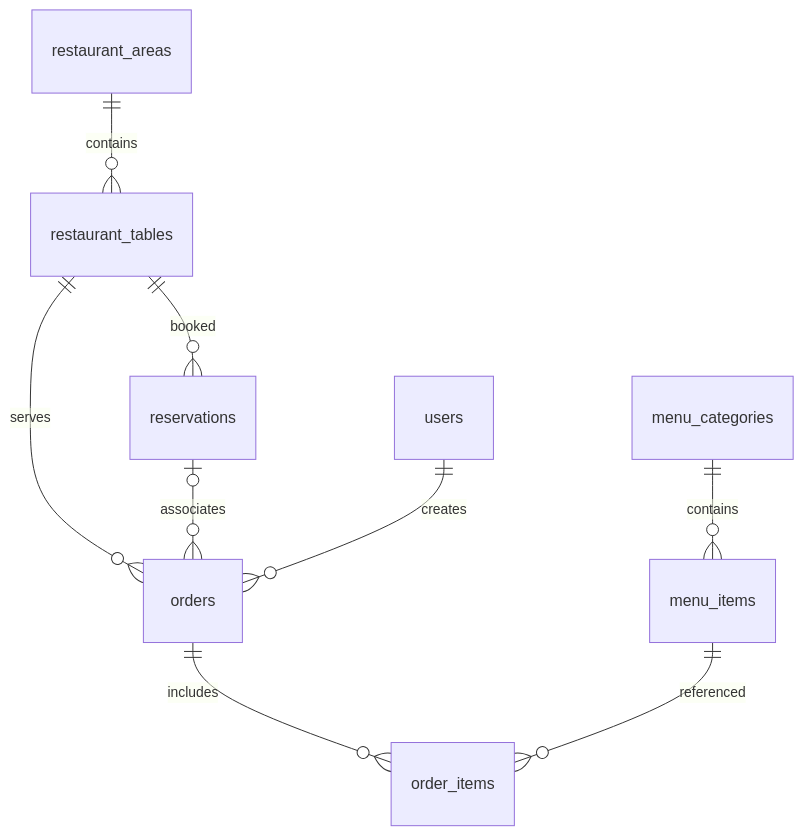
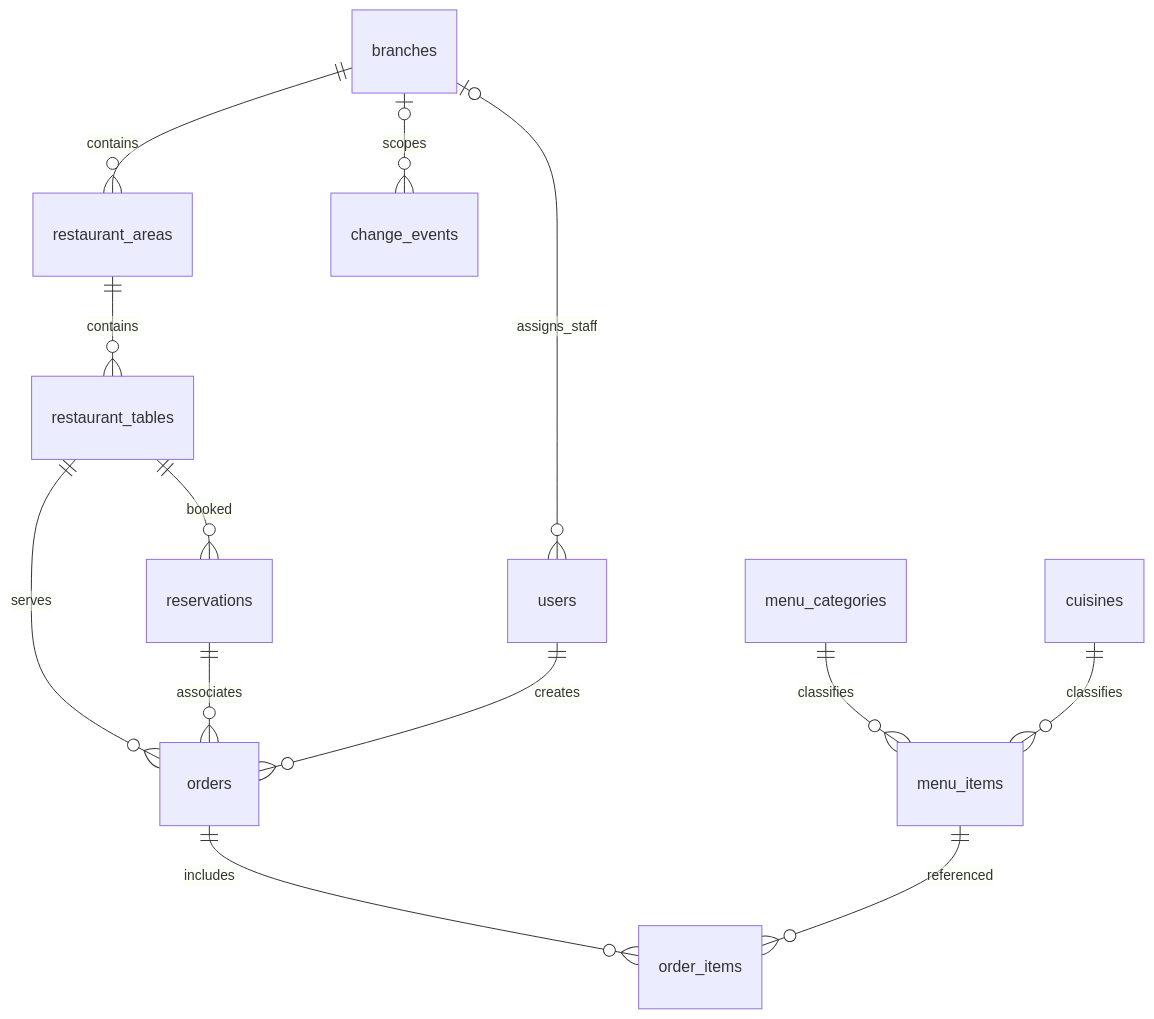
The diagram in docs/DATABASE_SCHEMA.md (nodefend/table), drawn with Mermaid before and after one commit. The commit also changed other lines of this file and 6 other files, not shown here.

````diff
--- a/docs/DATABASE_SCHEMA.md
+++ b/docs/DATABASE_SCHEMA.md
@@ -30,11 +33,15 @@
 ```mermaid
 erDiagram
+ branches o|--o{ users : assigns_staff
+ branches ||--o{ restaurant_areas : contains
  restaurant_areas ||--o{ restaurant_tables : contains
  restaurant_tables ||--o{ reservations : booked
  restaurant_tables ||--o{ orders : serves
- reservations o|--o{ orders : associates
+ reservations ||--o{ orders : associates
  users ||--o{ orders : creates
- menu_categories ||--o{ menu_items : contains
+ menu_categories ||--o{ menu_items : classifies
+ cuisines ||--o{ menu_items : classifies
  orders ||--o{ order_items : includes
  menu_items ||--o{ order_items : referenced
+ branches o|--o{ change_events : scopes
 ```
````
